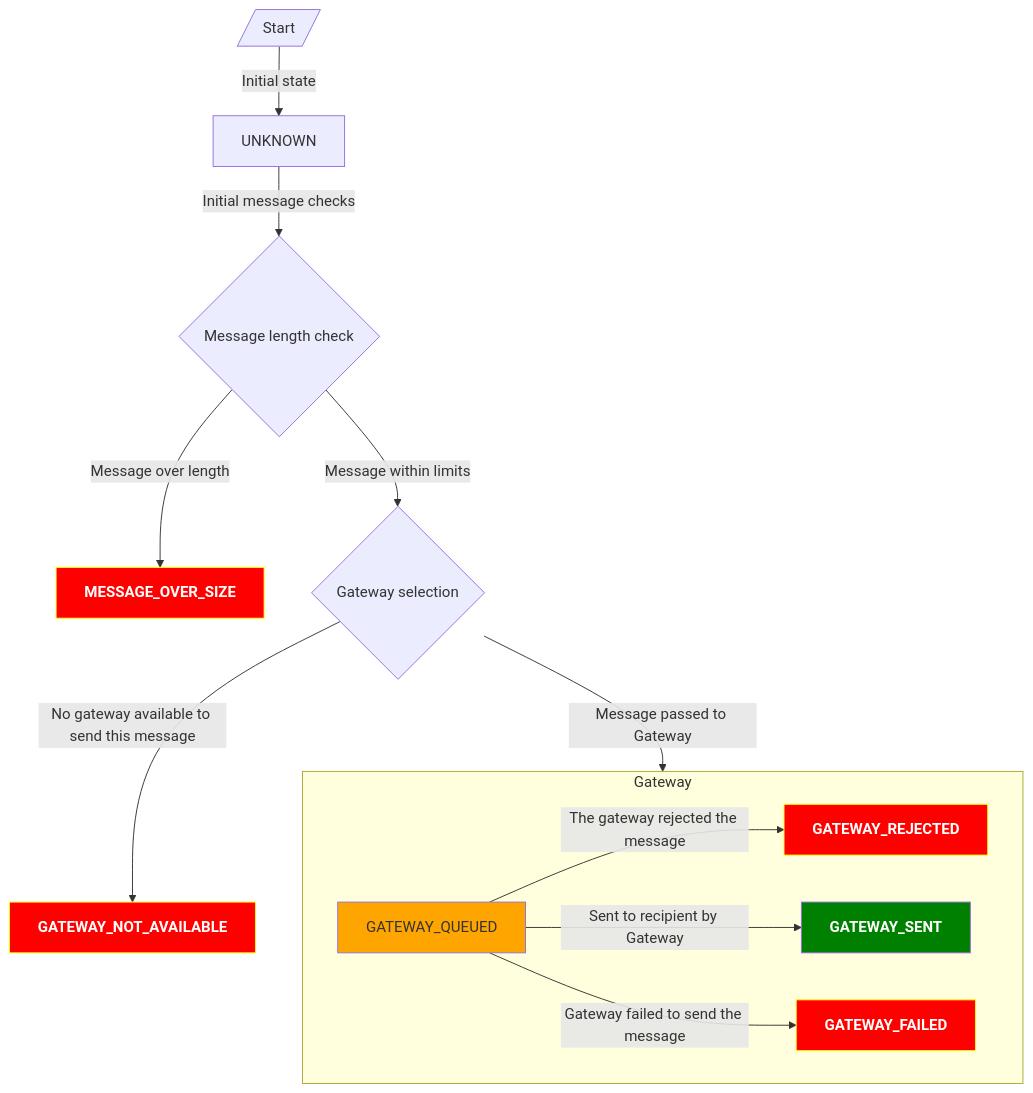
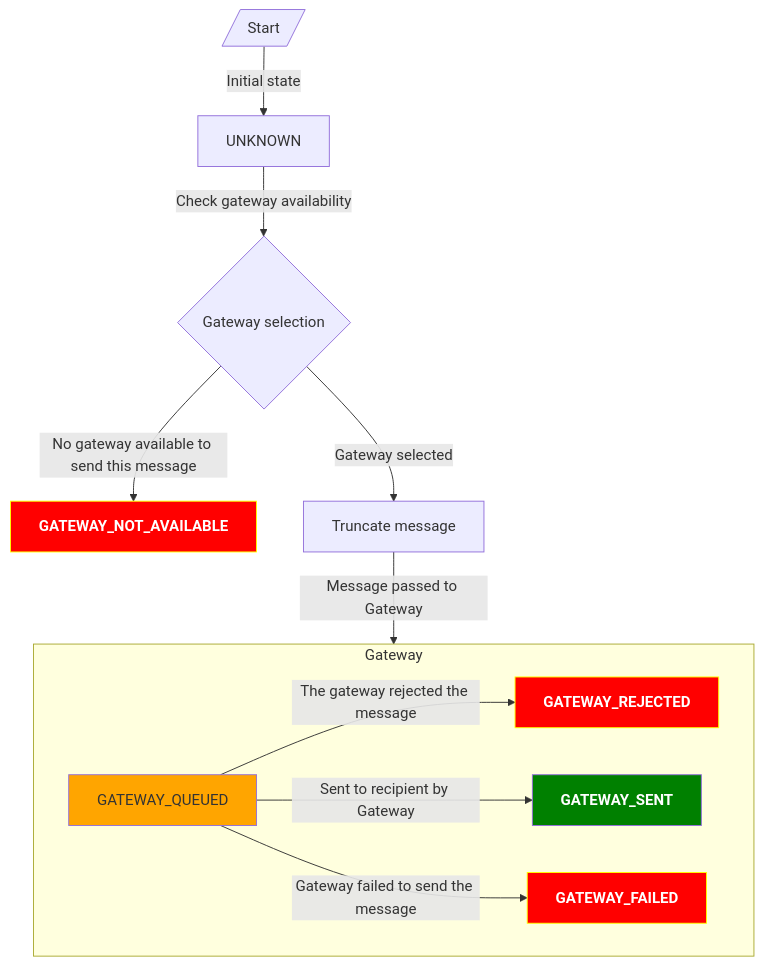
The diagram in docs/apis/subsystems/sms/index.md (moodle/devdocs), drawn with Mermaid before and after one commit. The commit also changed other lines of this file, not shown here.

Commit message:
MDL-84342 Add message truncation

````diff
--- a/docs/apis/subsystems/sms/index.md
+++ b/docs/apis/subsystems/sms/index.md
@@ -135,32 +147,29 @@
 ```mermaid
 graph TD
 
     classDef failed fill:#f00,color:white,font-weight:bold,stroke:yellow
     classDef inprogress fill:orange
     classDef success fill:green,color:white,font-weight:bold
 
     unknown["UNKNOWN"]
-    MOS["MESSAGE_OVER_SIZE"]:::failed
     GNA["GATEWAY_NOT_AVAILABLE"]:::failed
     GQ["GATEWAY_QUEUED"]:::inprogress
     GS["GATEWAY_SENT"]:::success
     GF["GATEWAY_FAILED"]:::failed
     GR["GATEWAY_REJECTED"]:::failed
-    MLC{Message length check}
+    TRUNCATE["Truncate message"]
     GWSEL{Gateway selection}
 
     direction TB
     start[/Start/] --> |Initial state| unknown
-    unknown --> |Initial message checks| MLC
-    MLC --> |Message over length| MOS
-    MLC --> |Message within limits| GWSEL
-
+    unknown --> |Check gateway availability| GWSEL
     GWSEL --> |No gateway available to send this message| GNA
-    GWSEL --> |Message passed to Gateway| Gateway
+    GWSEL --> |Gateway selected| TRUNCATE
+    TRUNCATE --> |Message passed to Gateway| Gateway
 
     subgraph Gateway
         GQ --> |The gateway rejected the message| GR
         GQ --> |Sent to recipient by Gateway| GS
         GQ --> |Gateway failed to send the message| GF
     end
 ```
````
